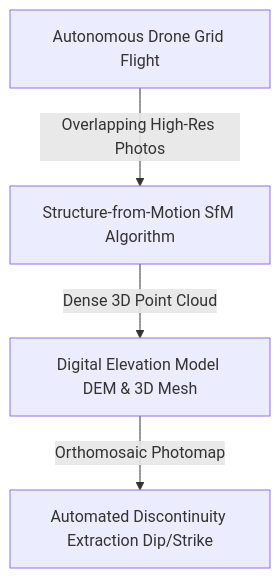
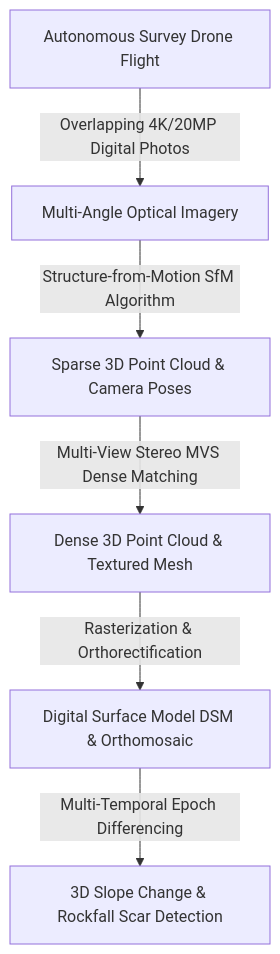
One commit to angelverman2021-a11y/Report changed the first of 14 diagrams in docs/07_Drone_UAV_Photogrammetry.md. Above: the diagram before and after it, drawn with Mermaid. The commit also changed other lines of this file, not shown here.

Commit message:
feat: Add comprehensive 26-section report for Existing Technology 7: Drone / UAV Photogrammetry

````diff
--- a/docs/07_Drone_UAV_Photogrammetry.md
+++ b/docs/07_Drone_UAV_Photogrammetry.md
@@ -14,6 +25,8 @@
 ```mermaid
 flowchart TD
-    A[Autonomous Drone Grid Flight] -->|Overlapping High-Res Photos| B[Structure-from-Motion SfM Algorithm]
-    B -->|Dense 3D Point Cloud| C[Digital Elevation Model DEM & 3D Mesh]
-    C -->|Orthomosaic Photomap| D[Automated Discontinuity Extraction Dip/Strike]
+    UAV[Autonomous Survey Drone Flight] -->|Overlapping 4K/20MP Digital Photos| CAM[Multi-Angle Optical Imagery]
+    CAM -->|Structure-from-Motion SfM Algorithm| SFM[Sparse 3D Point Cloud & Camera Poses]
+    SFM -->|Multi-View Stereo MVS Dense Matching| MVS[Dense 3D Point Cloud & Textured Mesh]
+    MVS -->|Rasterization & Orthorectification| PROD[Digital Surface Model DSM & Orthomosaic]
+    PROD -->|Multi-Temporal Epoch Differencing| RISK[3D Slope Change & Rockfall Scar Detection]
 ```
````
